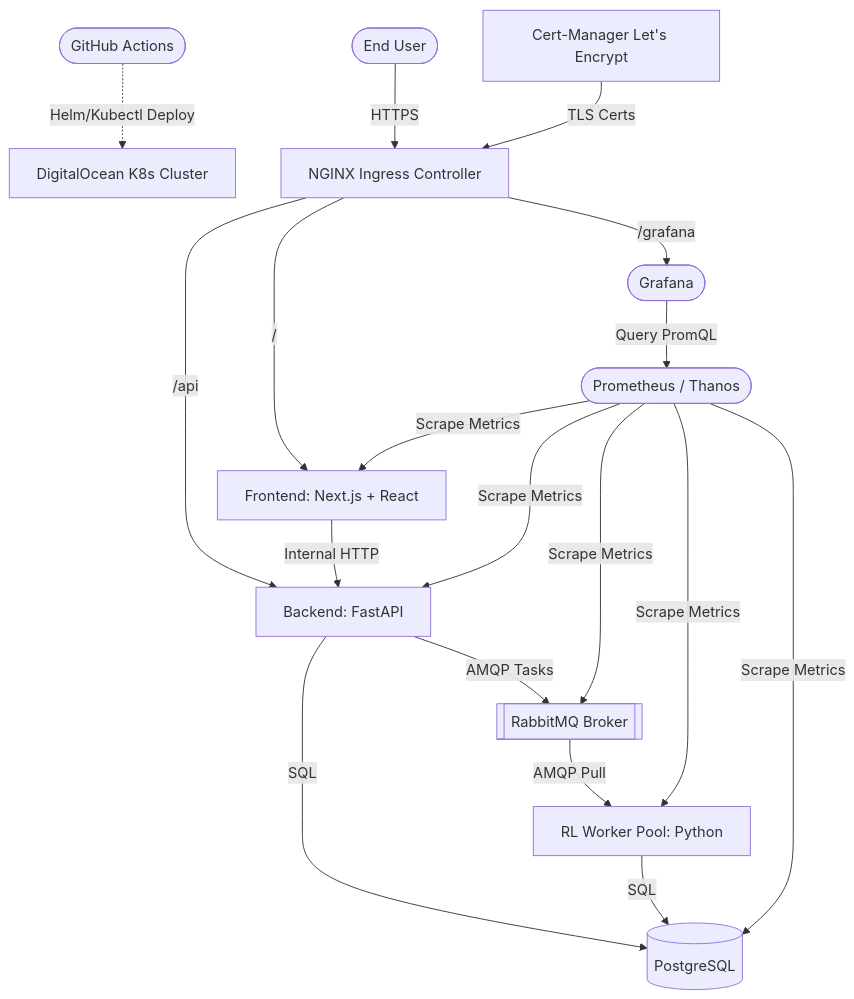
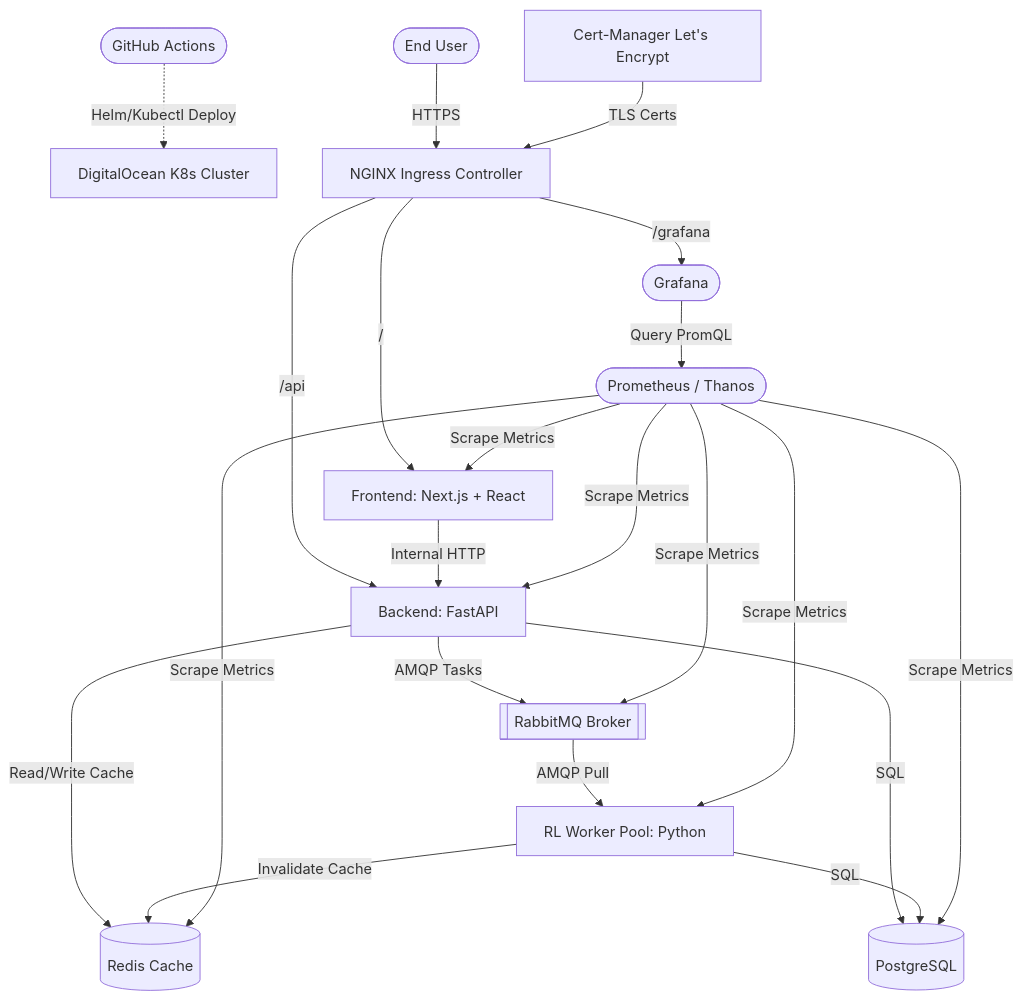
The diagram in docs/architecture.md (VNR-AIMLIOT-Projects/inventory-optimization), drawn with Mermaid before and after one commit. The commit also changed other lines of this file and 4 other files, not shown here.

````diff
--- a/docs/architecture.md
+++ b/docs/architecture.md
@@ -9,48 +9,53 @@
 ```mermaid
 graph TD
     %% External
     User([End User])
     GitHub([GitHub Actions])
     DO[DigitalOcean K8s Cluster]
     
     %% Ingress & Security
     Ingress[NGINX Ingress Controller]
     Cert[Cert-Manager Let's Encrypt]
 
     %% Microservices
     Frontend[Frontend: Next.js + React]
     Backend[Backend: FastAPI]
     RLWorker[RL Worker Pool: Python]
 
     %% Infrastructure
     PostgreSQL[(PostgreSQL)]
     RabbitMQ[[RabbitMQ Broker]]
+    Redis[(Redis Cache)]
     
     %% Observability
     Prometheus([Prometheus / Thanos])
     Grafana([Grafana])
     
     %% Flows
     User -->|HTTPS| Ingress
     Cert -->|TLS Certs| Ingress
     Ingress -->|/| Frontend
     Ingress -->|/api| Backend
     Ingress -->|/grafana| Grafana
     
     Frontend -->|Internal HTTP| Backend
     Backend -->|AMQP Tasks| RabbitMQ
     RabbitMQ -->|AMQP Pull| RLWorker
     
+    Backend -->|Read/Write Cache| Redis
+    RLWorker -->|Invalidate Cache| Redis
+    
     Backend -->|SQL| PostgreSQL
     RLWorker -->|SQL| PostgreSQL
 
     Prometheus -->|Scrape Metrics| Frontend
     Prometheus -->|Scrape Metrics| Backend
     Prometheus -->|Scrape Metrics| RLWorker
     Prometheus -->|Scrape Metrics| PostgreSQL
     Prometheus -->|Scrape Metrics| RabbitMQ
+    Prometheus -->|Scrape Metrics| Redis
     
     Grafana -->|Query PromQL| Prometheus
 
     GitHub -.->|Helm/Kubectl Deploy| DO
 ```
````
